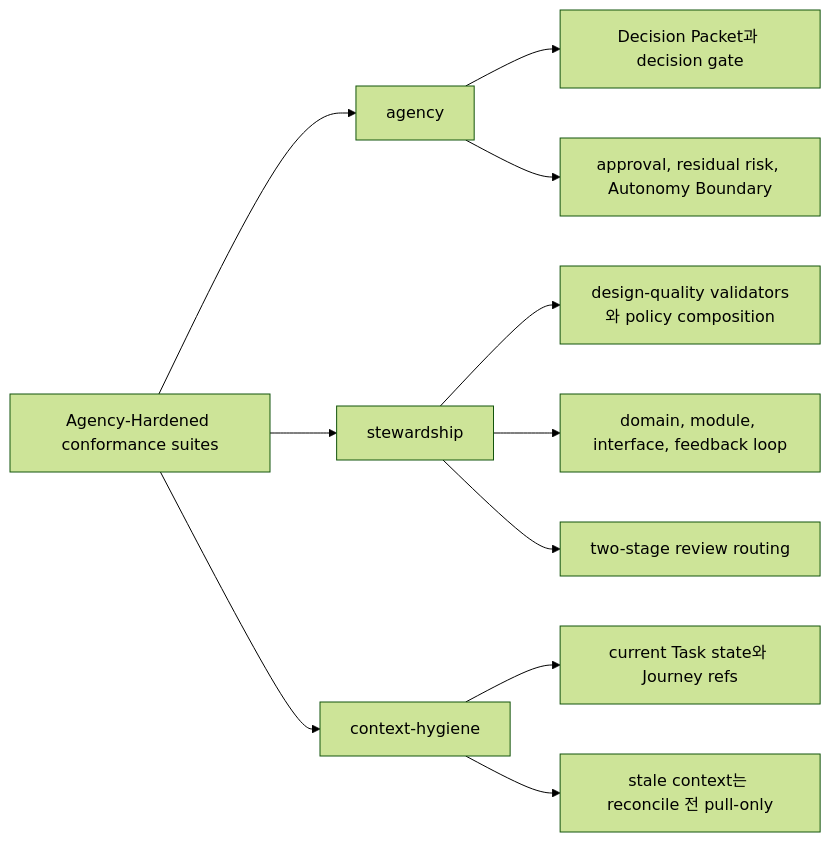
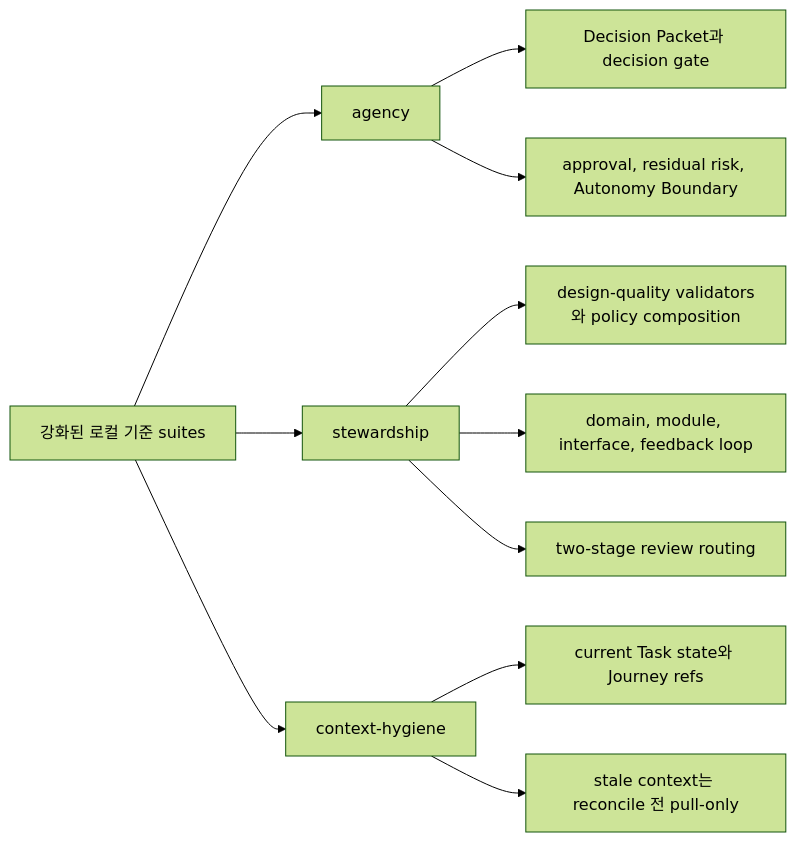
Before and after one commit to minjungw00/Volicord: the third of 3 diagrams in docs/ko/reference/conformance-fixtures.md, drawn with Mermaid (forest theme). The commit also changed other lines of this file and 43 other files, not shown here.

````diff
--- a/docs/ko/reference/conformance-fixtures.md
+++ b/docs/ko/reference/conformance-fixtures.md
@@ -261,13 +261,13 @@
 ```mermaid
 flowchart LR
-  Suites["Agency-Hardened conformance suites"] --> Agency["agency"]
+  Suites["강화된 로컬 기준 suites"] --> Agency["agency"]
   Suites --> Stewardship["stewardship"]
   Suites --> Context["context-hygiene"]
   Agency --> A1["Decision Packet과 decision gate"]
   Agency --> A2["approval, residual risk, Autonomy Boundary"]
   Stewardship --> S1["design-quality validators와 policy composition"]
   Stewardship --> S2["domain, module, interface, feedback loop"]
   Stewardship --> S3["two-stage review routing"]
   Context --> C1["current Task state와 Journey refs"]
   Context --> C2["stale context는 reconcile 전 pull-only"]
 ```
````
